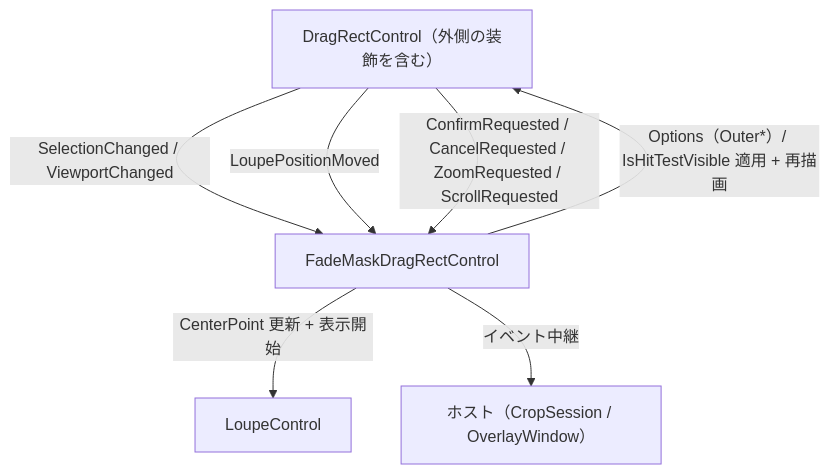
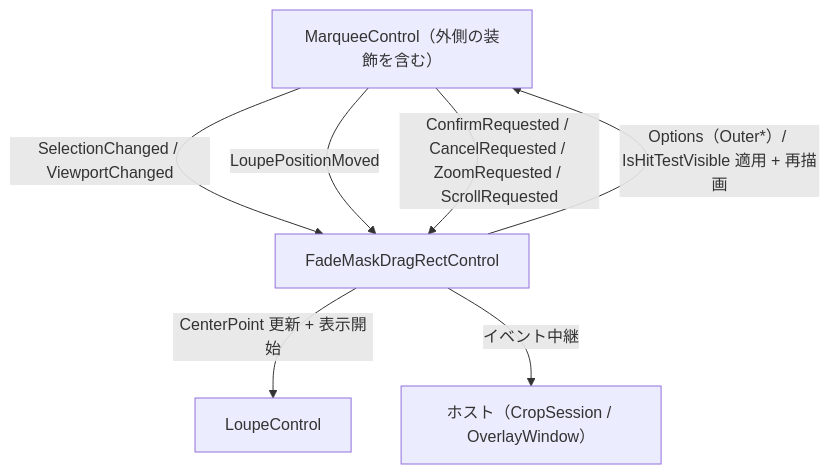
Before and after one commit to tomokuni/SaveEvidence: the diagram in src/FadeMaskDragRectControl.AvaloniaUI/SPEC_ExtFunc.md, drawn with Mermaid. The commit also changed other lines of this file and 263 other files, not shown here.

````diff
--- a/src/FadeMaskDragRectControl.AvaloniaUI/SPEC_ExtFunc.md
+++ b/src/FadeMaskDragRectControl.AvaloniaUI/SPEC_ExtFunc.md
@@ -214,10 +214,10 @@
 ```mermaid
 graph TD
-    DR["DragRectControl（外側の装飾を含む）"] -->|"SelectionChanged / ViewportChanged"| SC["FadeMaskDragRectControl"]
+    DR["MarqueeControl（外側の装飾を含む）"] -->|"SelectionChanged / ViewportChanged"| SC["FadeMaskDragRectControl"]
 
     DR -->|"LoupePositionMoved"| SC
     DR -->|"ConfirmRequested / CancelRequested / ZoomRequested / ScrollRequested"| SC
     SC -->|"Options（Outer*）/ IsHitTestVisible 適用 + 再描画"| DR
     SC -->|"CenterPoint 更新 + 表示開始"| LC["LoupeControl"]
     SC -->|"イベント中継"| HOST["ホスト（CropSession / OverlayWindow）"]
 ```
````
